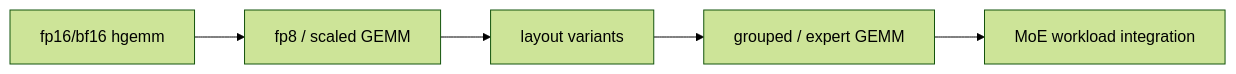
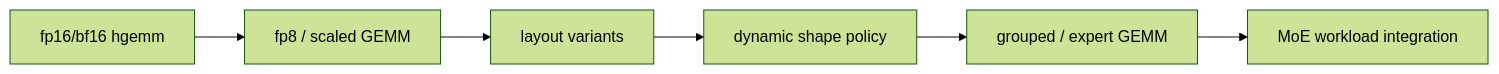
Before and after one commit to XiaobingSuper/FlyDSL: the seventh of 8 diagrams in docs/pytorch_integration_rfc.md, drawn with Mermaid (forest theme). The commit also changed other lines of this file, not shown here.

````diff
--- a/docs/pytorch_integration_rfc.md
+++ b/docs/pytorch_integration_rfc.md
@@ -329,7 +370,8 @@
 ```mermaid
 flowchart LR
     A["fp16/bf16 hgemm"] --> B["fp8 / scaled GEMM"]
     B --> C["layout variants"]
-    C --> D["grouped / expert GEMM"]
-    D --> E["MoE workload integration"]
+    C --> D["dynamic shape policy"]
+    D --> E["grouped / expert GEMM"]
+    E --> F["MoE workload integration"]
 ```
````
